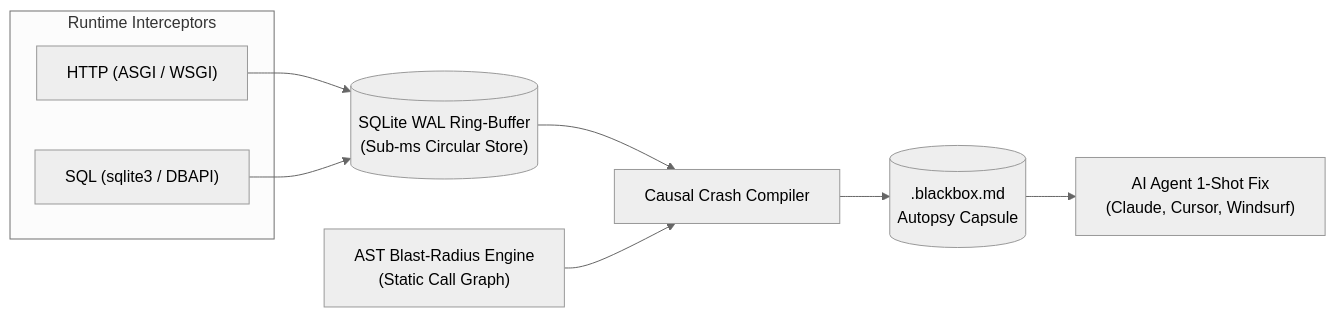
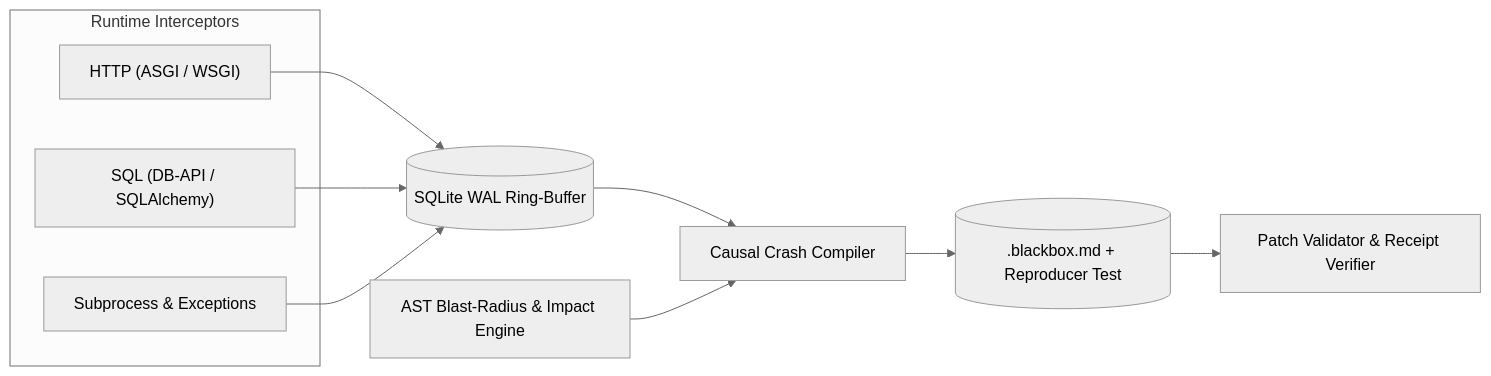
Before and after one commit to johannschiffer/genesis-blackbox: the diagram in README.md, drawn with Mermaid (neutral theme). The commit also changed other lines of this file and 21 other files, not shown here.

````diff
--- a/README.md
+++ b/README.md
@@ -27,20 +30,22 @@
 ```mermaid
 flowchart LR
     subgraph Runtime ["Runtime Interceptors"]
         HTTP["HTTP (ASGI / WSGI)"]
-        SQL["SQL (sqlite3 / DBAPI)"]
+        SQL["SQL (DB-API / SQLAlchemy)"]
+        PROC["Subprocess & Exceptions"]
     end
 
-    WAL[("SQLite WAL Ring-Buffer<br/>(Sub-ms Circular Store)")]
-    AST["AST Blast-Radius Engine<br/>(Static Call Graph)"]
+    WAL[("SQLite WAL Ring-Buffer")]
+    AST["AST Blast-Radius & Impact Engine"]
     Compiler["Causal Crash Compiler"]
-    Capsule[(".blackbox.md<br/>Autopsy Capsule")]
-    AIAgent["AI Agent 1-Shot Fix<br/>(Claude, Cursor, Windsurf)"]
+    Capsule[(".blackbox.md + Reproducer Test")]
+    Validator["Patch Validator & Receipt Verifier"]
 
     HTTP --> WAL
     SQL --> WAL
+    PROC --> WAL
     WAL --> Compiler
     AST --> Compiler
     Compiler --> Capsule
-    Capsule --> AIAgent
+    Capsule --> Validator
 ```
````
